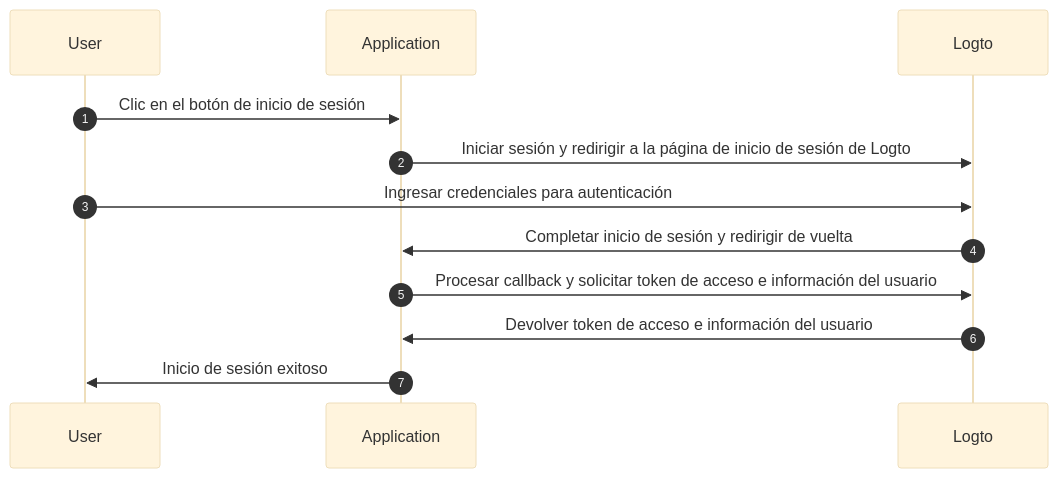
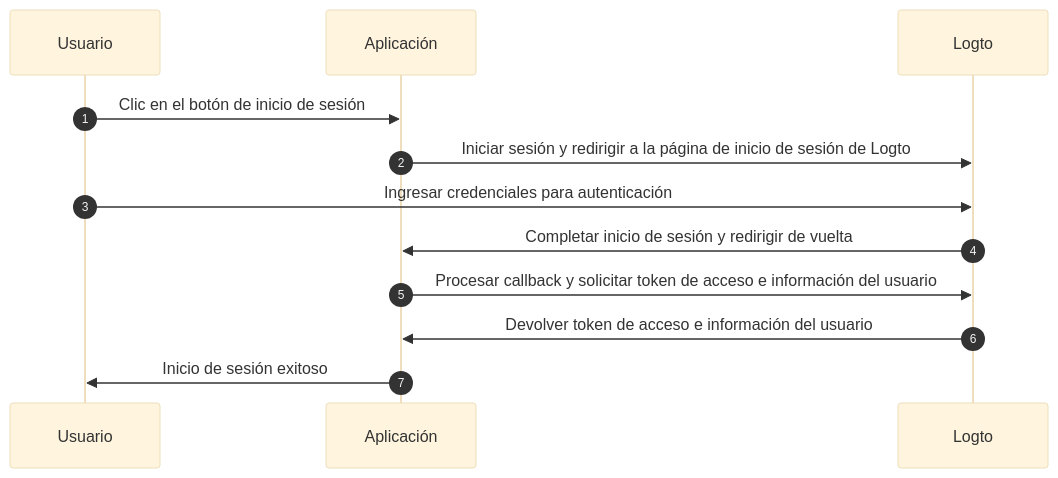
One commit to logto-io/docs changed the first of 2 diagrams in i18n/es/docusaurus-plugin-content-docs/current/integrate-logto/integrate-logto-into-your-application/understand-authentication-flow.mdx. Above: the diagram before and after it, drawn with Mermaid (base theme). The commit also changed other lines of this file and 234 other files, not shown here.

````diff
--- a/i18n/es/docusaurus-plugin-content-docs/current/integrate-logto/integrate-logto-into-your-application/understand-authentication-flow.mdx
+++ b/i18n/es/docusaurus-plugin-content-docs/current/integrate-logto/integrate-logto-into-your-application/understand-authentication-flow.mdx
@@ -9,15 +9,15 @@
 ```mermaid
 sequenceDiagram
     autonumber
-    participant User
-    participant Application
+    participant Usuario
+    participant Aplicación
     participant Logto
 
-    User->>Application: Clic en el botón de inicio de sesión
-    Application->>Logto: Iniciar sesión y redirigir a la página de inicio de sesión de Logto
-    User->>Logto: Ingresar credenciales para autenticación
-    Logto->>Application: Completar inicio de sesión y redirigir de vuelta
-    Application->>Logto: Procesar callback y solicitar token de acceso e información del usuario
-    Logto->>Application: Devolver token de acceso e información del usuario
-    Application->>User: Inicio de sesión exitoso
+    Usuario->>Aplicación: Clic en el botón de inicio de sesión
+    Aplicación->>Logto: Iniciar sesión y redirigir a la página de inicio de sesión de Logto
+    Usuario->>Logto: Ingresar credenciales para autenticación
+    Logto->>Aplicación: Completar inicio de sesión y redirigir de vuelta
+    Aplicación->>Logto: Procesar callback y solicitar token de acceso e información del usuario
+    Logto->>Aplicación: Devolver token de acceso e información del usuario
+    Aplicación->>Usuario: Inicio de sesión exitoso
 ```
````
